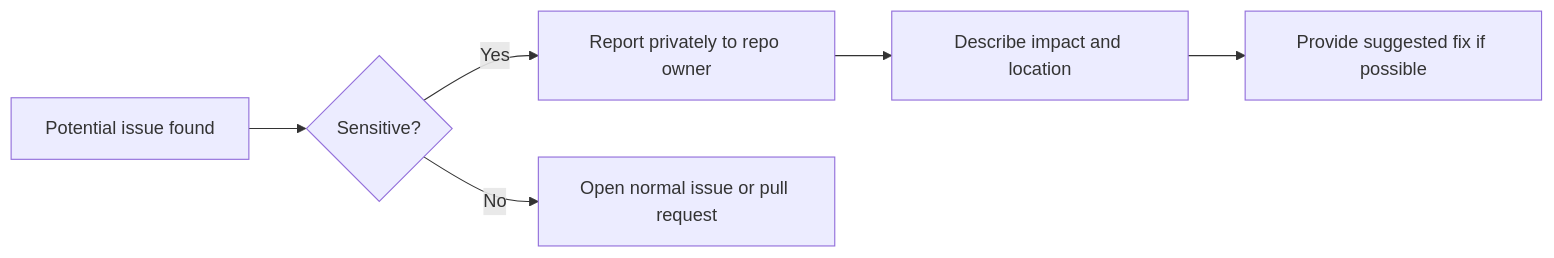
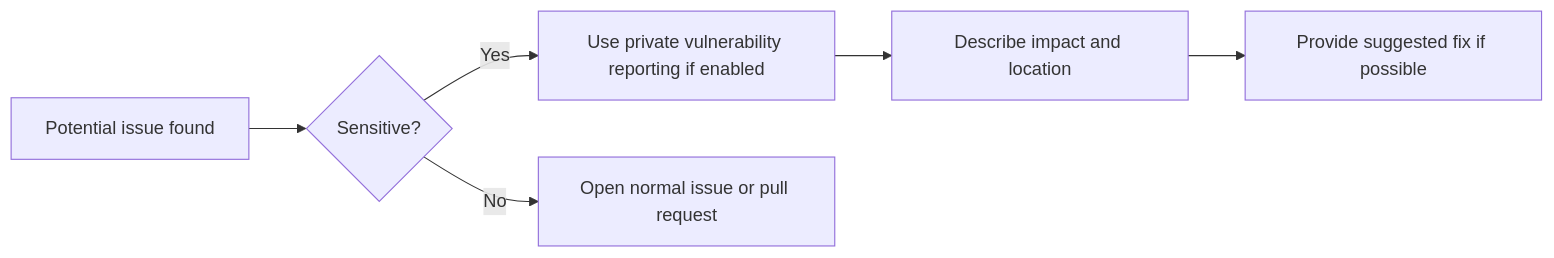
Before and after one commit to wortos/my-meager-attempt-at-a-windows-to-kali-mcp-server: the diagram in SECURITY.md, drawn with Mermaid. The commit also changed other lines of this file and 5 other files, not shown here.

````diff
--- a/SECURITY.md
+++ b/SECURITY.md
@@ -11,8 +11,8 @@
 ```mermaid
 flowchart LR
     A[Potential issue found] --> B{Sensitive?}
-    B -- Yes --> C[Report privately to repo owner]
+    B -- Yes --> C[Use private vulnerability reporting if enabled]
     B -- No --> D[Open normal issue or pull request]
     C --> E[Describe impact and location]
     E --> F[Provide suggested fix if possible]
 ```
````
